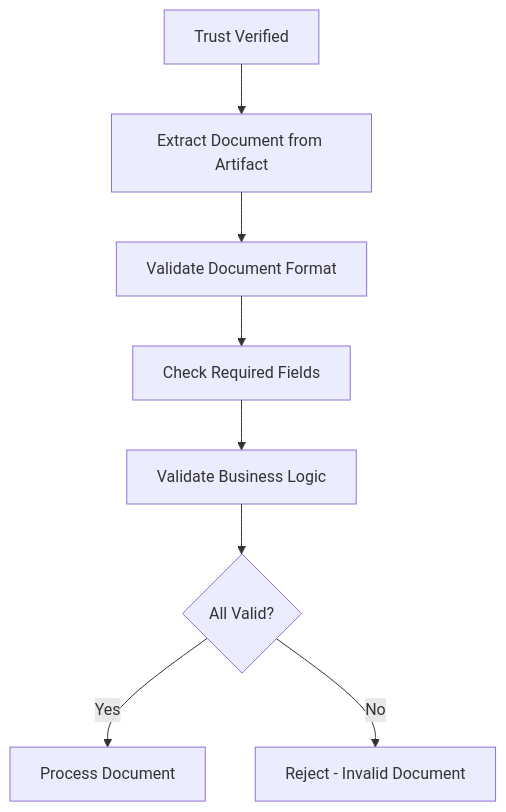
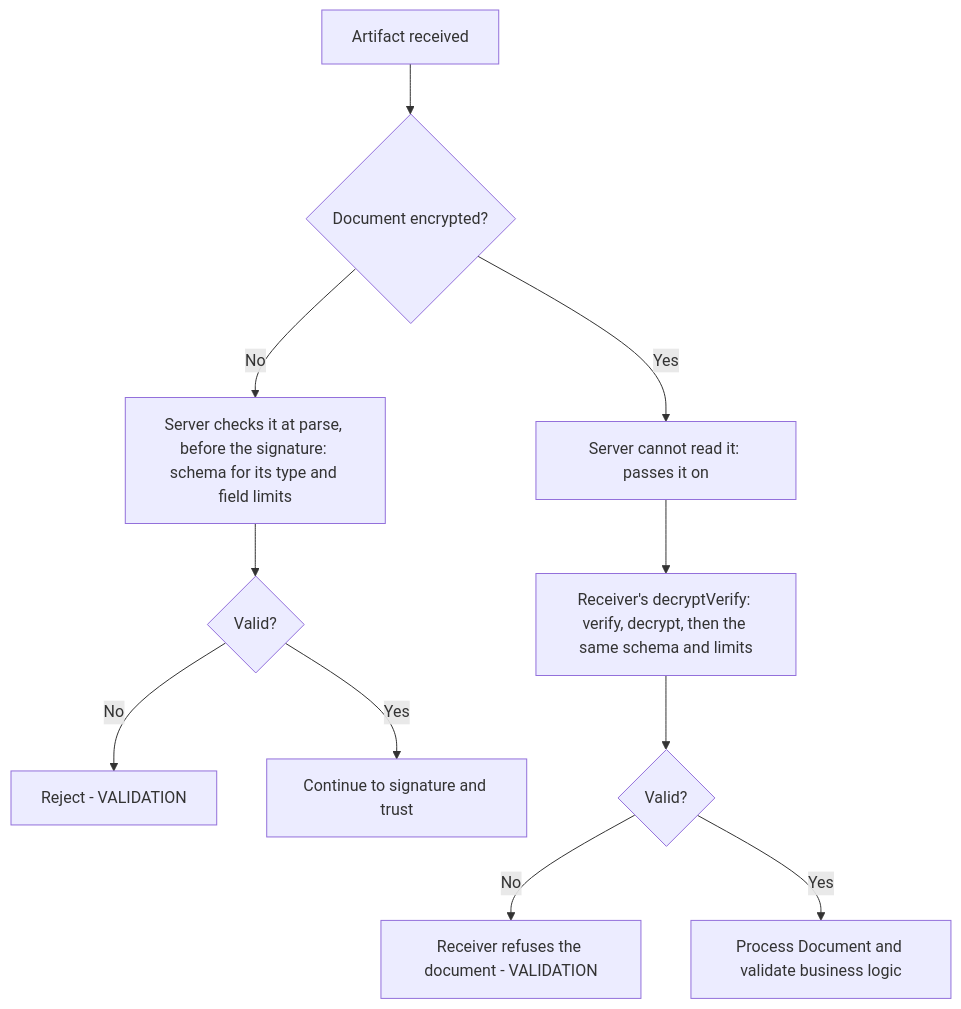
Before and after one commit to openbtps/btps-node: the seventh of 7 diagrams in docs/docusaurus/docs/protocol/messageFlow.md, drawn with Mermaid. The commit also changed other lines of this file and 26 other files, not shown here.

First line of the commit message:
Docs: bring every diagram in line with 1.1

````diff
--- a/docs/docusaurus/docs/protocol/messageFlow.md
+++ b/docs/docusaurus/docs/protocol/messageFlow.md
@@ -286,10 +315,13 @@
 ```mermaid
 graph TD
-    A[Trust Verified] --> B[Extract Document from Artifact]
-    B --> C[Validate Document Format]
-    C --> D[Check Required Fields]
-    D --> E[Validate Business Logic]
-    E --> F{All Valid?}
-    F -->|Yes| G[Process Document]
-    F -->|No| H[Reject - Invalid Document]
+    A[Artifact received] --> B{Document encrypted?}
+    B -->|No| C[Server checks it at parse, before the signature: schema for its type and field limits]
+    C --> F{Valid?}
+    F -->|No| H[Reject - VALIDATION]
+    F -->|Yes| G[Continue to signature and trust]
+    B -->|Yes| D[Server cannot read it: passes it on]
+    D --> E[Receiver's decryptVerify: verify, decrypt, then the same schema and limits]
+    E --> F2{Valid?}
+    F2 -->|No| H2[Receiver refuses the document - VALIDATION]
+    F2 -->|Yes| P[Process Document and validate business logic]
 ```
````
